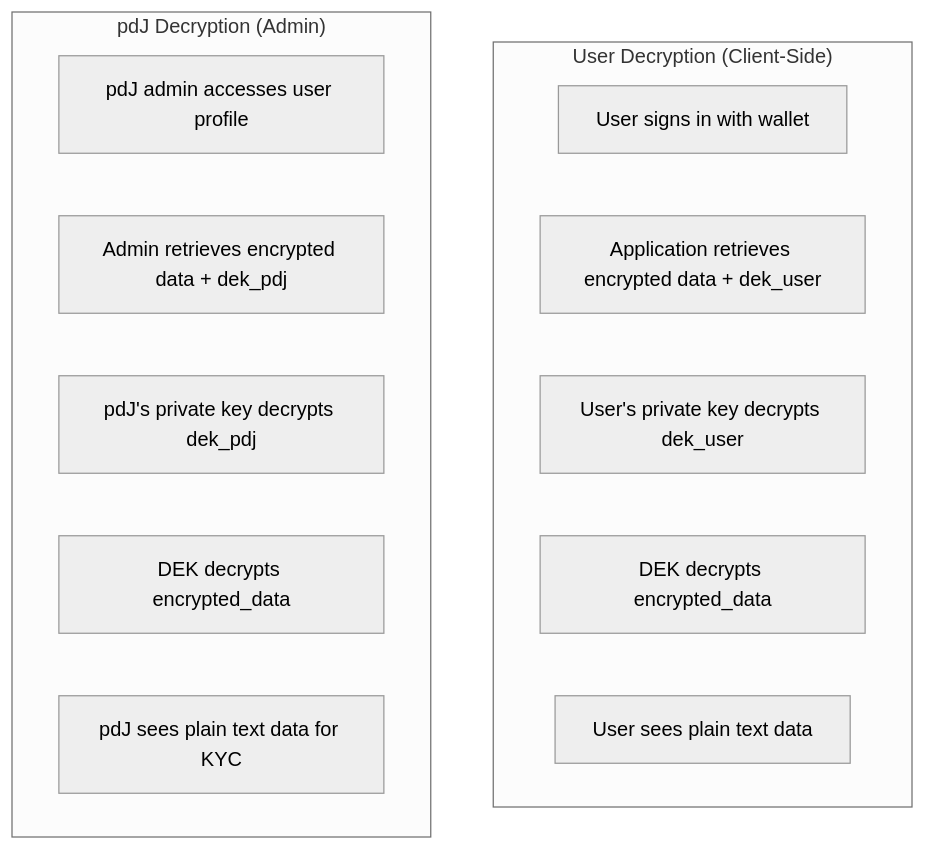
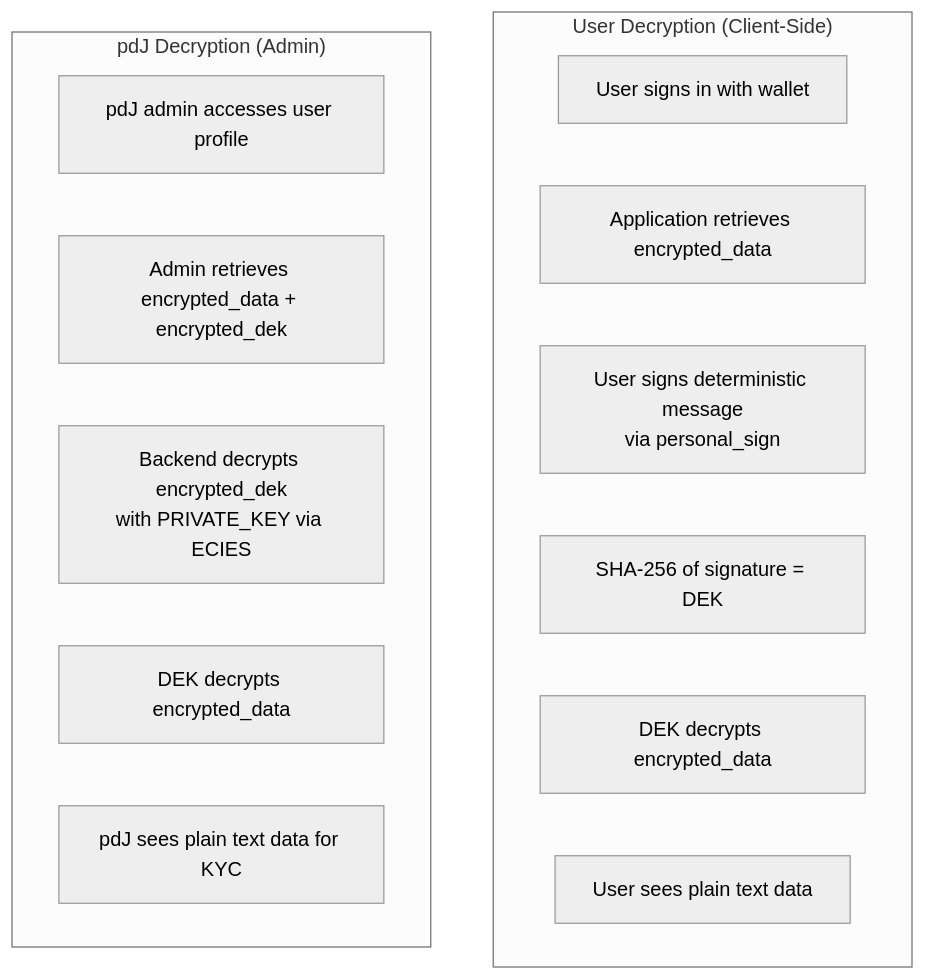
Before and after one commit to pasosdeJesus/learn.tg: the second of 3 diagrams in REQ/153.md, drawn with Mermaid (neutral theme). The commit also changed other lines of this file and 4 other files, not shown here.

````diff
--- a/REQ/153.md
+++ b/REQ/153.md
@@ -91,18 +93,19 @@
 ```mermaid
 flowchart TB
     subgraph UserDecrypt["User Decryption (Client-Side)"]
         A[User signs in with wallet]
-        B[Application retrieves encrypted data + dek_user]
-        C[User's private key decrypts dek_user]
-        D[DEK decrypts encrypted_data]
-        E[User sees plain text data]
+        B[Application retrieves encrypted_data]
+        C[User signs deterministic message<br/>via personal_sign]
+        D[SHA-256 of signature = DEK]
+        E[DEK decrypts encrypted_data]
+        F[User sees plain text data]
     end
 
     subgraph PdJDecrypt["pdJ Decryption (Admin)"]
-        F[pdJ admin accesses user profile]
-        G[Admin retrieves encrypted data + dek_pdj]
-        H[pdJ's private key decrypts dek_pdj]
-        I[DEK decrypts encrypted_data]
-        J[pdJ sees plain text data for KYC]
+        G[pdJ admin accesses user profile]
+        H[Admin retrieves encrypted_data + encrypted_dek]
+        I[Backend decrypts encrypted_dek<br/>with PRIVATE_KEY via ECIES]
+        J[DEK decrypts encrypted_data]
+        K[pdJ sees plain text data for KYC]
     end
 ```
````
